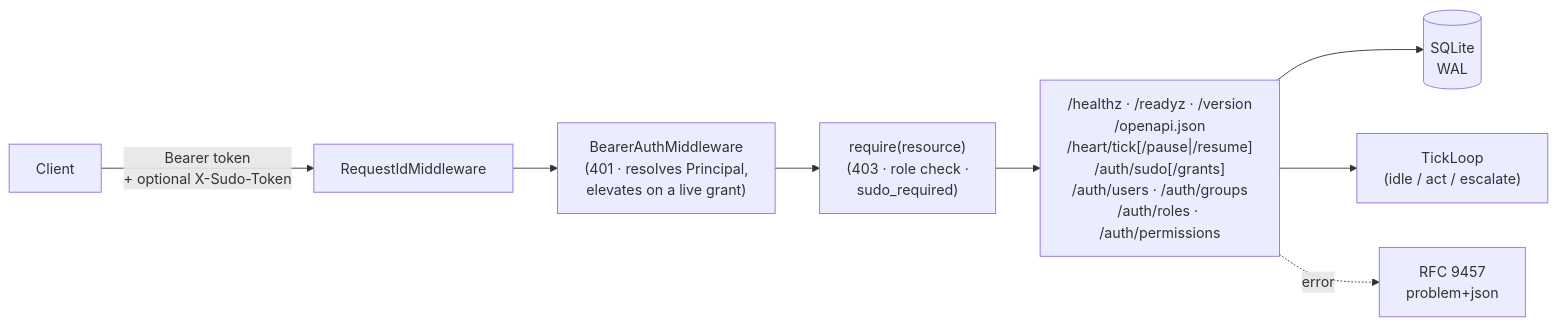
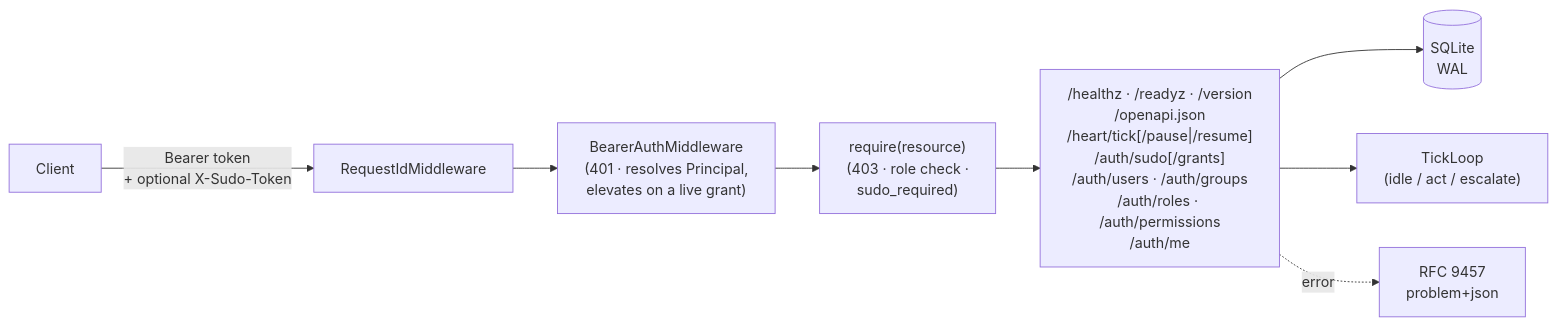
The diagram in README.md (giacchetta/ansina), drawn with Mermaid before and after one commit. The commit also changed other lines of this file and 14 other files, not shown here.

````diff
--- a/README.md
+++ b/README.md
@@ -9,10 +9,10 @@
 ```mermaid
 flowchart LR
     Client["Client"] -->|Bearer token<br/>+ optional X-Sudo-Token| MW["RequestIdMiddleware"]
     MW --> Auth["BearerAuthMiddleware<br/>(401 · resolves Principal,<br/>elevates on a live grant)"]
     Auth --> Authz["require(resource)<br/>(403 · role check ·<br/>sudo_required)"]
-    Authz --> Routes["/healthz · /readyz · /version<br/>/openapi.json<br/>/heart/tick[/pause|/resume]<br/>/auth/sudo[/grants]<br/>/auth/users · /auth/groups<br/>/auth/roles · /auth/permissions"]
+    Authz --> Routes["/healthz · /readyz · /version<br/>/openapi.json<br/>/heart/tick[/pause|/resume]<br/>/auth/sudo[/grants]<br/>/auth/users · /auth/groups<br/>/auth/roles · /auth/permissions<br/>/auth/me"]
     Routes --> DB[("SQLite<br/>WAL")]
     Routes --> Tick["TickLoop<br/>(idle / act / escalate)"]
     Routes -.error.-> Problem["RFC 9457<br/>problem+json"]
 ```
````
